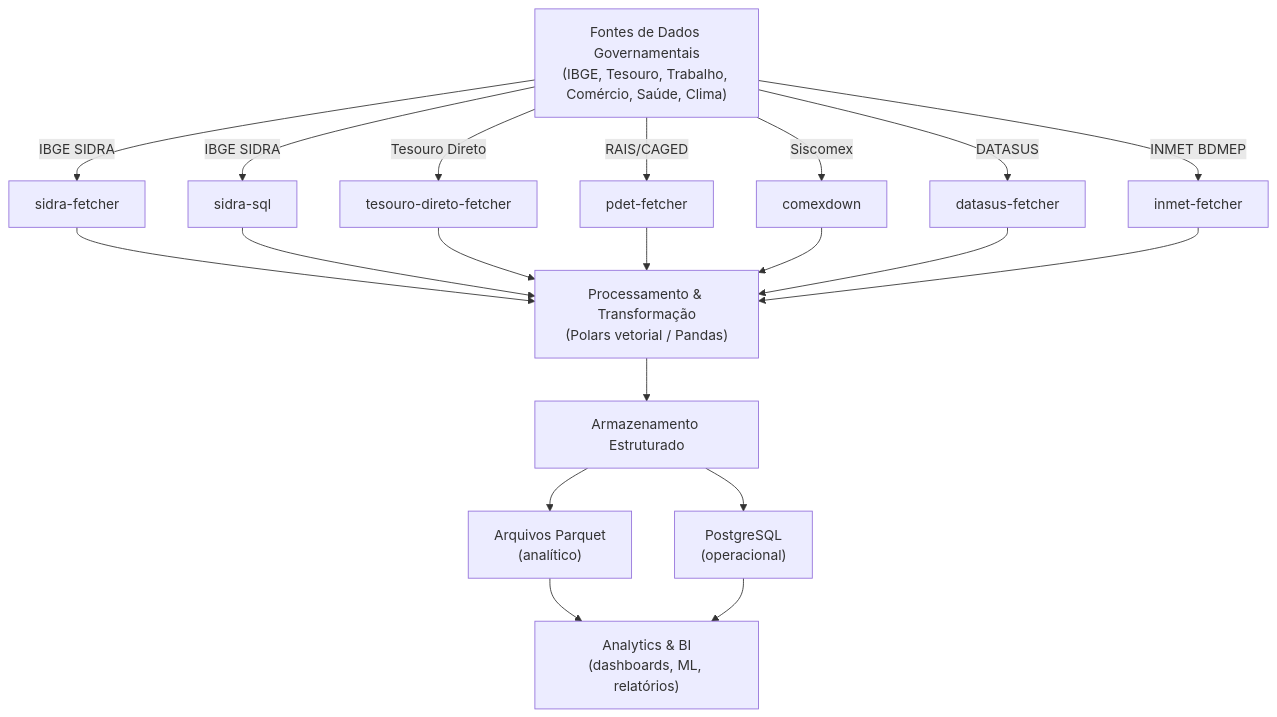
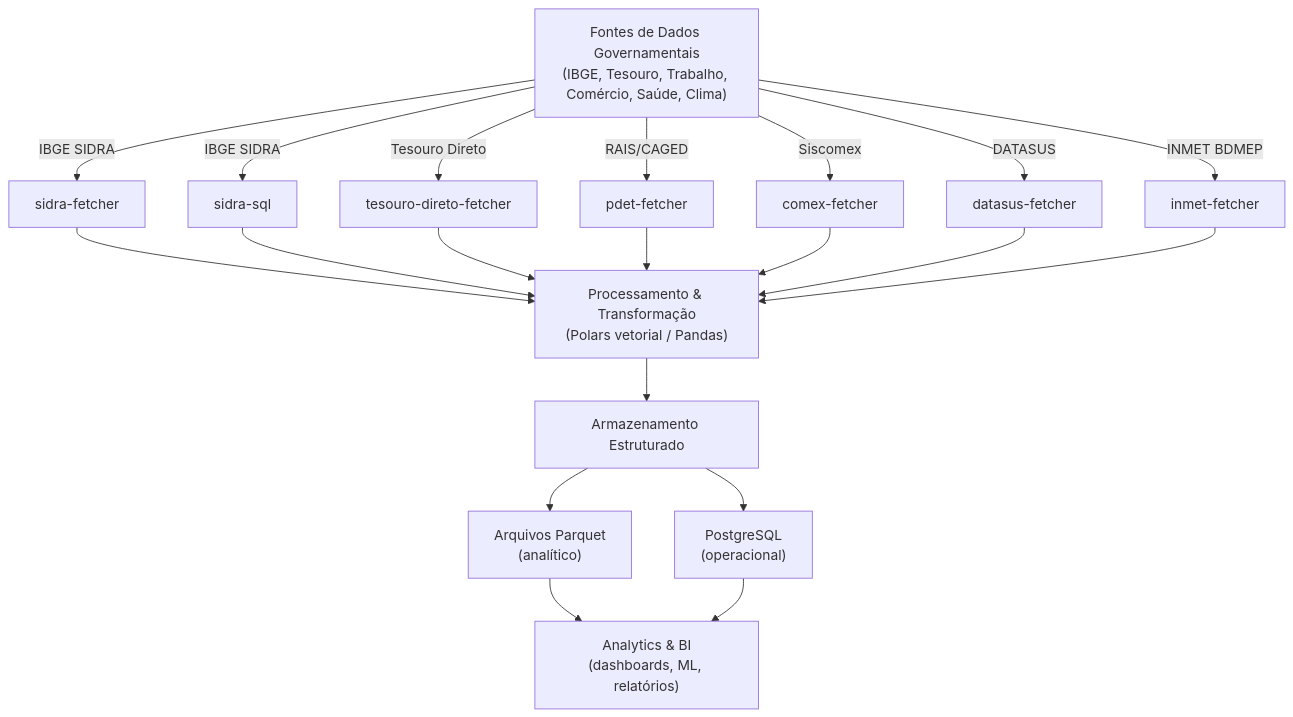
One commit to Quantilica/docs changed the first of 6 diagrams in docs/concepts/arquitetura.md. Above: the diagram before and after it, drawn with Mermaid. The commit also changed other lines of this file and 7 other files, not shown here.

First line of the commit message:
docs: rename comexdown -> comex-fetcher throughout

````diff
--- a/docs/concepts/arquitetura.md
+++ b/docs/concepts/arquitetura.md
@@ -7,27 +7,27 @@
 ```mermaid
 graph TD
     Sources["Fontes de Dados Governamentais<br/>(IBGE, Tesouro, Trabalho, Comércio, Saúde, Clima)"]
 
     Sources -->|IBGE SIDRA| SF["sidra-fetcher"]
     Sources -->|IBGE SIDRA| SQL["sidra-sql"]
     Sources -->|Tesouro Direto| TD["tesouro-direto-fetcher"]
     Sources -->|RAIS/CAGED| PD["pdet-fetcher"]
-    Sources -->|Siscomex| CX["comexdown"]
+    Sources -->|Siscomex| CX["comex-fetcher"]
     Sources -->|DATASUS| DS["datasus-fetcher"]
     Sources -->|INMET BDMEP| IN["inmet-fetcher"]
 
     SF --> Processing["Processamento & Transformação<br/>(Polars vetorial / Pandas)"]
     SQL --> Processing
     TD --> Processing
     PD --> Processing
     CX --> Processing
     DS --> Processing
     IN --> Processing
 
     Processing --> Storage["Armazenamento Estruturado"]
     Storage --> PQ["Arquivos Parquet<br/>(analítico)"]
     Storage --> PG["PostgreSQL<br/>(operacional)"]
 
     PQ --> Analytics["Analytics & BI<br/>(dashboards, ML, relatórios)"]
     PG --> Analytics
 ```
````
